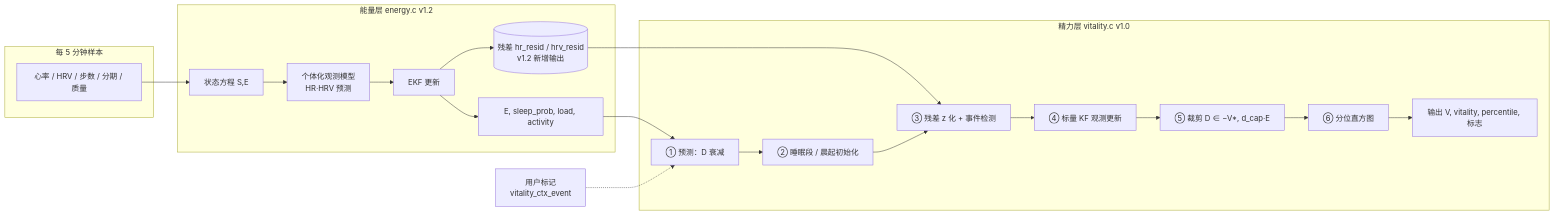
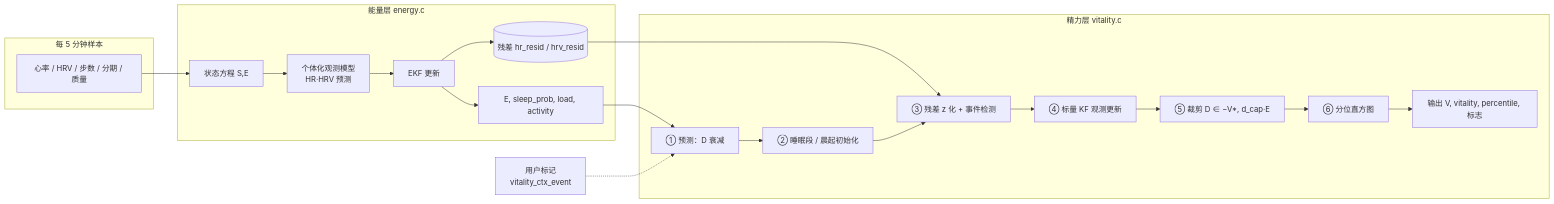
Before and after one commit to jackyLens/energy-state-c: the first of 4 diagrams in docs/vitality_design.md, drawn with Mermaid. The commit also changed other lines of this file and 29 other files, not shown here.

````diff
--- a/docs/vitality_design.md
+++ b/docs/vitality_design.md
@@ -38,24 +38,24 @@
 ```mermaid
 flowchart LR
     subgraph IN[每 5 分钟样本]
         A[心率 / HRV / 步数 / 分期 / 质量]
     end
-    subgraph ENERGY[能量层 energy.c v1.2]
+    subgraph ENERGY[能量层 energy.c]
         B[状态方程 S,E] --> C[个体化观测模型<br/>HR·HRV 预测]
         C --> D[EKF 更新]
-        D --> R[(残差 hr_resid / hrv_resid<br/>v1.2 新增输出)]
+        D --> R[(残差 hr_resid / hrv_resid)]
         D --> E[E, sleep_prob, load, activity]
     end
-    subgraph VIT[精力层 vitality.c v1.0]
+    subgraph VIT[精力层 vitality.c]
         F[① 预测：D 衰减] --> G[② 睡眠段 / 晨起初始化]
         G --> H[③ 残差 z 化 + 事件检测]
         H --> I[④ 标量 KF 观测更新]
         I --> J[⑤ 裁剪 D ∈ −V*, d_cap·E]
         J --> K[⑥ 分位直方图]
         K --> L[输出 V, vitality, percentile, 标志]
     end
     A --> B
     E --> F
     R --> H
     U[用户标记<br/>vitality_ctx_event] -.-> F
 ```
````
